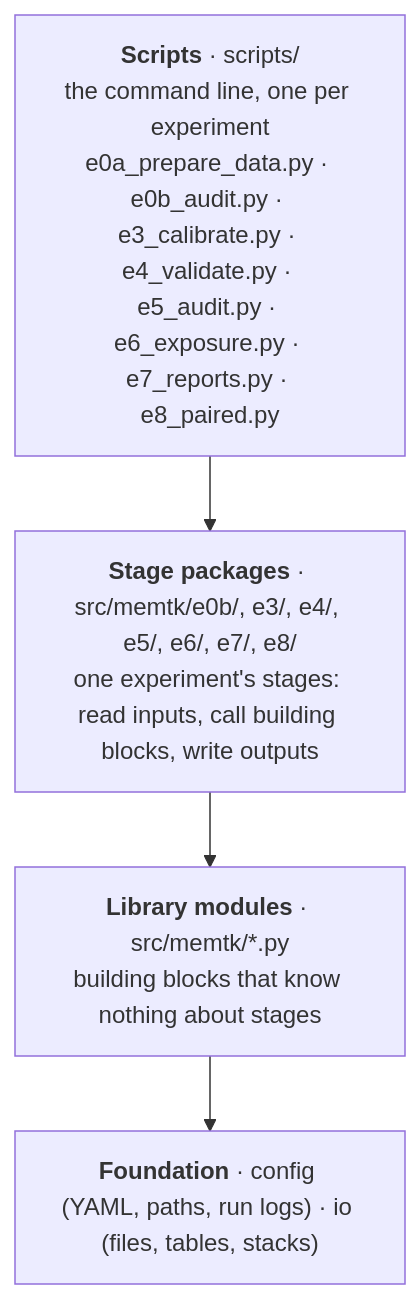
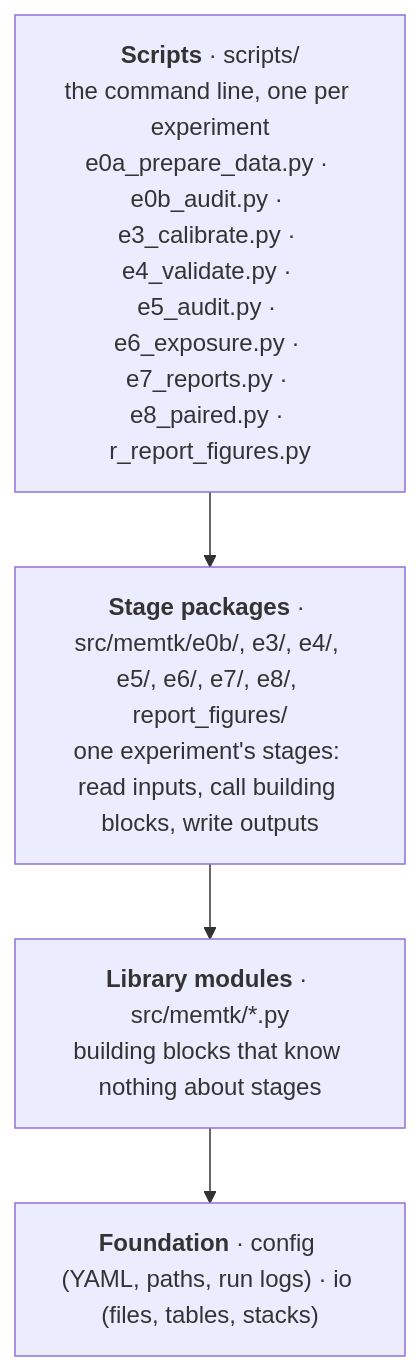
The second of 2 diagrams in docs/architecture.md (mattia3003/MT_project), drawn with Mermaid before and after one commit. The commit also changed other lines of this file and 132 other files, not shown here.

Commit message:
Setup report documents and planned images, graphs and tables to be used for the report. Finished project, only minor ajustments from here.

````diff
--- a/docs/architecture.md
+++ b/docs/architecture.md
@@ -99,8 +102,8 @@
 ```mermaid
 flowchart TB
-    L1["<b>Scripts</b> · scripts/<br/>the command line, one per experiment<br/>e0a_prepare_data.py · e0b_audit.py · e3_calibrate.py · e4_validate.py · e5_audit.py · e6_exposure.py · e7_reports.py · e8_paired.py"]
-    L2["<b>Stage packages</b> · src/memtk/e0b/, e3/, e4/, e5/, e6/, e7/, e8/<br/>one experiment's stages: read inputs, call building blocks, write outputs"]
+    L1["<b>Scripts</b> · scripts/<br/>the command line, one per experiment<br/>e0a_prepare_data.py · e0b_audit.py · e3_calibrate.py · e4_validate.py · e5_audit.py · e6_exposure.py · e7_reports.py · e8_paired.py · r_report_figures.py"]
+    L2["<b>Stage packages</b> · src/memtk/e0b/, e3/, e4/, e5/, e6/, e7/, e8/, report_figures/<br/>one experiment's stages: read inputs, call building blocks, write outputs"]
     L3["<b>Library modules</b> · src/memtk/*.py<br/>building blocks that know nothing about stages"]
     L4["<b>Foundation</b> · config (YAML, paths, run logs) · io (files, tables, stacks)"]
     L1 --> L2 --> L3 --> L4
 ```
````
